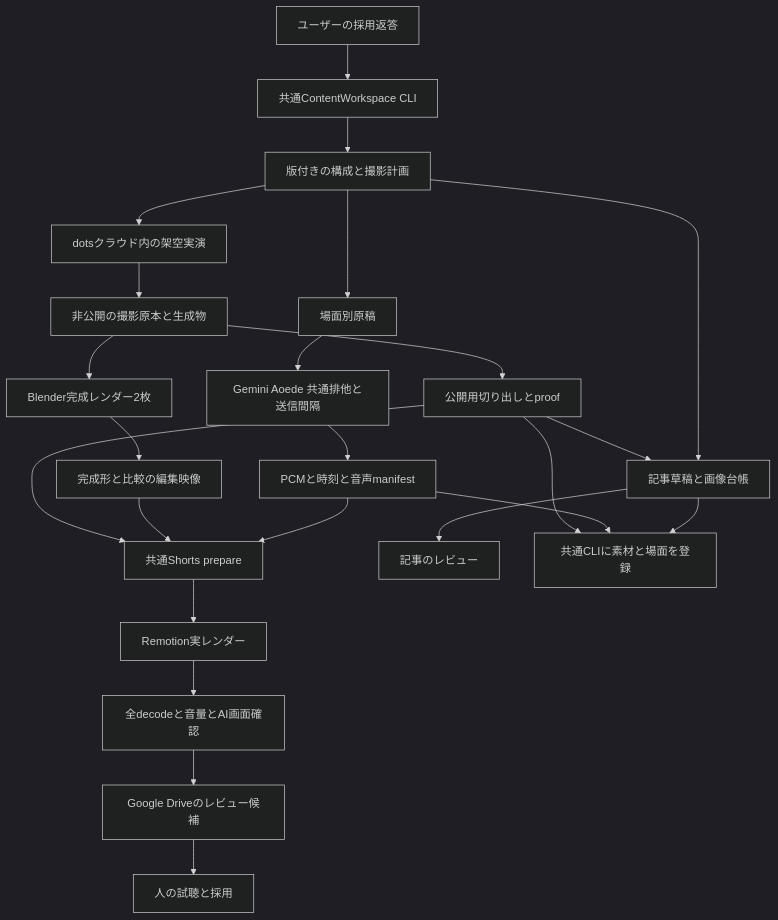
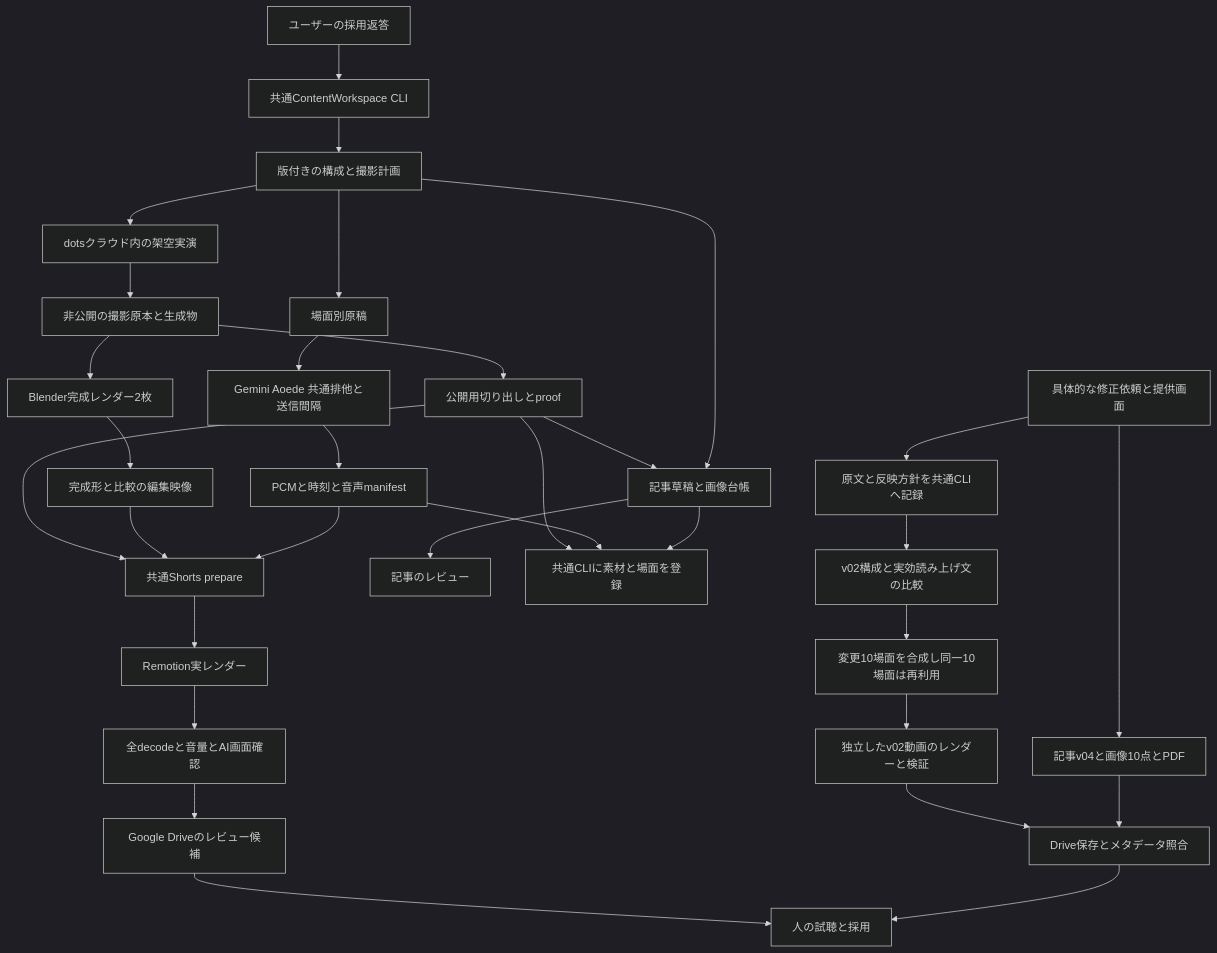
Before and after one commit to benriworks/MiniMax-H3: the diagram in productions/content-projects/CONTENT_20261025_dots_shared_desktop_pilot/ARCHITECTURE_DIAGRAM.md, drawn with Mermaid (dark theme). The commit also changed 14 other files, not shown here.

````diff
--- a/productions/content-projects/CONTENT_20261025_dots_shared_desktop_pilot/ARCHITECTURE_DIAGRAM.md
+++ b/productions/content-projects/CONTENT_20261025_dots_shared_desktop_pilot/ARCHITECTURE_DIAGRAM.md
@@ -3,26 +3,34 @@
 ```mermaid
 flowchart TD
     U[ユーザーの採用返答] --> C[共通ContentWorkspace CLI]
     C --> P[版付きの構成と撮影計画]
     P --> D[dotsクラウド内の架空実演]
     D --> R[非公開の撮影原本と生成物]
     R --> A[公開用切り出しとproof]
     R --> I[Blender完成レンダー2枚]
     I --> K[完成形と比較の編集映像]
     P --> S[場面別原稿]
     S --> V[Gemini Aoede 共通排他と送信間隔]
     V --> M[PCMと時刻と音声manifest]
     A --> Q[共通Shorts prepare]
     K --> Q
     M --> Q
     Q --> E[Remotion実レンダー]
     E --> T[全decodeと音量とAI画面確認]
     T --> G[Google Driveのレビュー候補]
     A --> B[記事草稿と画像台帳]
     P --> B
     G --> H[人の試聴と採用]
     B --> J[記事のレビュー]
     A --> W[共通CLIに素材と場面を登録]
     M --> W
     B --> W
+    U2[具体的な修正依頼と提供画面] --> R2[原文と反映方針を共通CLIへ記録]
+    R2 --> S2[v02構成と実効読み上げ文の比較]
+    S2 --> V2[変更10場面を合成し同一10場面は再利用]
+    V2 --> E2[独立したv02動画のレンダーと検証]
+    U2 --> B2[記事v04と画像10点とPDF]
+    E2 --> G2[Drive保存とメタデータ照合]
+    B2 --> G2
+    G2 --> H
 ```
````
